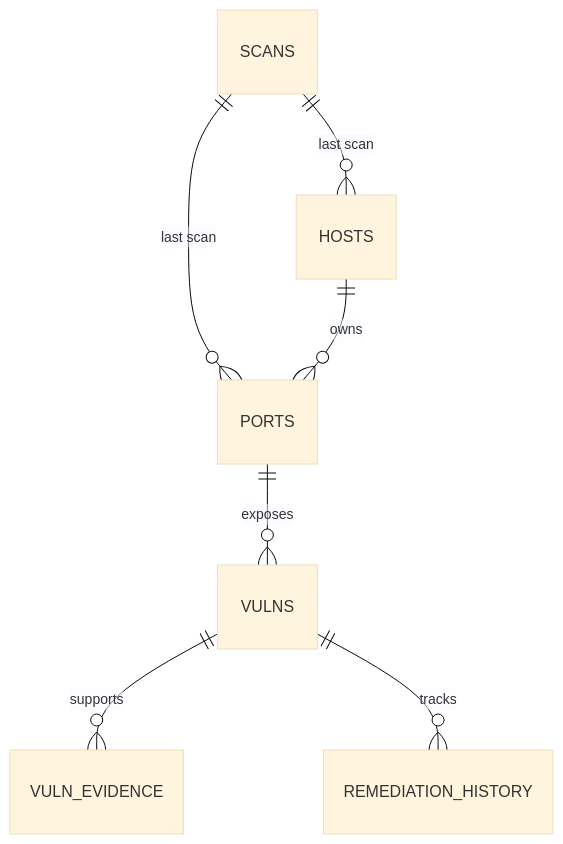
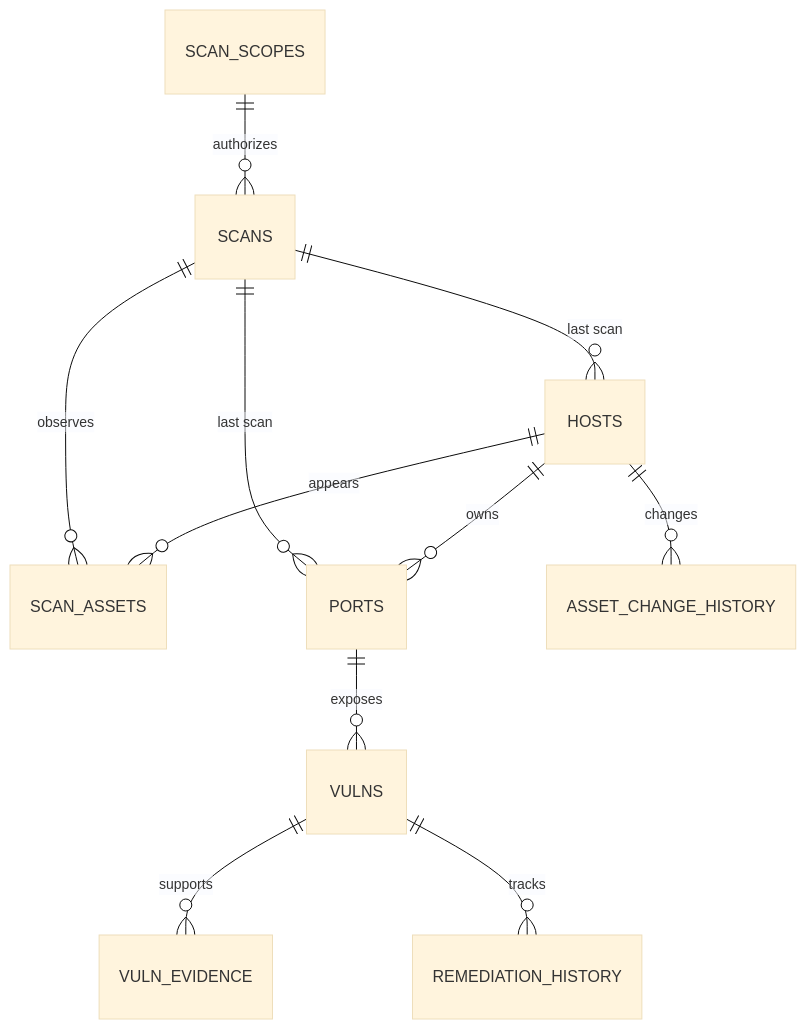
The first of 2 diagrams in docs/database_schema.md (LEESJ7934/Semi-Project-portscan), drawn with Mermaid (base theme) before and after one commit. The commit also changed other lines of this file and 28 other files, not shown here.

````diff
--- a/docs/database_schema.md
+++ b/docs/database_schema.md
@@ -19,9 +22,13 @@
 ```mermaid
 erDiagram
+    SCAN_SCOPES ||--o{ SCANS : authorizes
     SCANS ||--o{ HOSTS : "last scan"
+    SCANS ||--o{ SCAN_ASSETS : observes
     SCANS ||--o{ PORTS : "last scan"
+    HOSTS ||--o{ SCAN_ASSETS : appears
+    HOSTS ||--o{ ASSET_CHANGE_HISTORY : changes
     HOSTS ||--o{ PORTS : owns
     PORTS ||--o{ VULNS : exposes
     VULNS ||--o{ VULN_EVIDENCE : supports
     VULNS ||--o{ REMEDIATION_HISTORY : tracks
 ```
````
